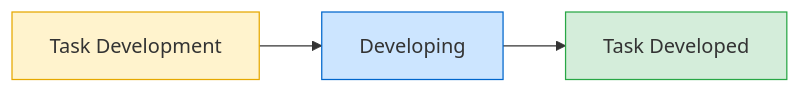
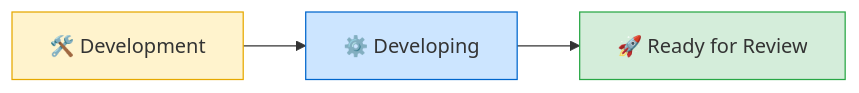
One commit to Belfio/sergio changed the second of 2 diagrams in README.md. Above: the diagram before and after it, drawn with Mermaid. The commit also changed other lines of this file and 14 other files, not shown here.

````diff
--- a/README.md
+++ b/README.md
@@ -86,9 +86,9 @@
 ```mermaid
 flowchart LR
-    E["Task Development"] --> F["Developing"]
-    F --> G["Task Developed"]
+    E["🛠️ Development"] --> F["⚙️ Developing"]
+    F --> G["🚀 Ready for Review"]
 
     style E fill:#fff3cd,stroke:#e6a800,color:#333
     style F fill:#cce5ff,stroke:#0066cc,color:#333
     style G fill:#d4edda,stroke:#28a745,color:#333
 ```
````
